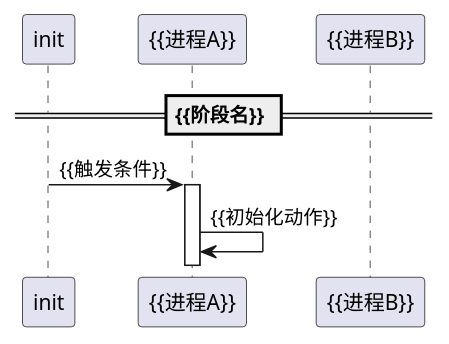
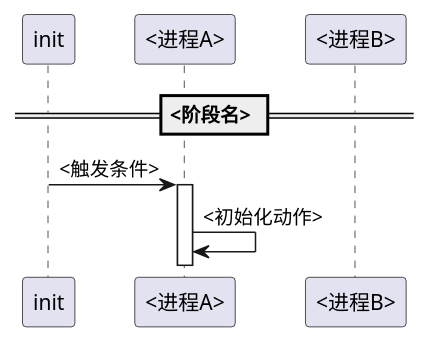
The fifth of 5 diagrams in engineering/harness/templates/module-readme-template.md (lechao365/AndroidSystemEnhance), drawn with PlantUML before and after one commit. The commit also changed other lines of this file and 78 other files, not shown here.

````diff
--- a/engineering/harness/templates/module-readme-template.md
+++ b/engineering/harness/templates/module-readme-template.md
@@ -141,14 +143,14 @@
 ```plantuml
 @startuml
 participant "init" as I
-participant "{{进程A}}" as A
-participant "{{进程B}}" as B
+participant "<进程A>" as A
+participant "<进程B>" as B
 
-== {{阶段名}} ==
-I -> A : {{触发条件}}
+== <阶段名> ==
+I -> A : <触发条件>
 activate A
-A -> A : {{初始化动作}}
+A -> A : <初始化动作>
 
 ' TODO: 补充完整启动流程
 @enduml
 ```
````
